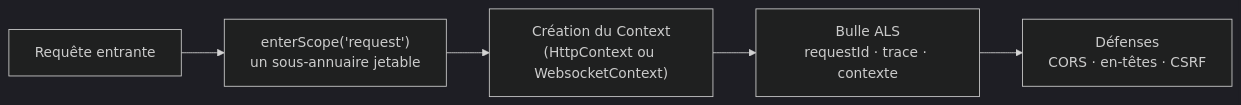
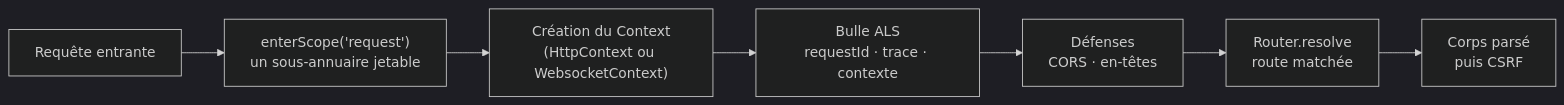
The third of 5 diagrams in docs/architecture/vue-ensemble.md (nodefony/nodefony-core), drawn with Mermaid (dark theme) before and after one commit. The commit also changed other lines of this file and 8 other files, not shown here.

````diff
--- a/docs/architecture/vue-ensemble.md
+++ b/docs/architecture/vue-ensemble.md
@@ -344,7 +344,9 @@
 ```mermaid
 flowchart LR
   IN["Requête entrante"] --> SC["enterScope('request')<br/>un sous-annuaire jetable"]
   SC --> CX["Création du Context<br/>(HttpContext ou WebsocketContext)"]
   CX --> ALS["Bulle ALS<br/>requestId · trace · contexte"]
-  ALS --> DEF["Défenses<br/>CORS · en-têtes · CSRF"]
+  ALS --> DEF["Défenses<br/>CORS · en-têtes"]
+  DEF --> RT["Router.resolve<br/>route matchée"]
+  RT --> BODY["Corps parsé<br/>puis CSRF"]
 ```
````
